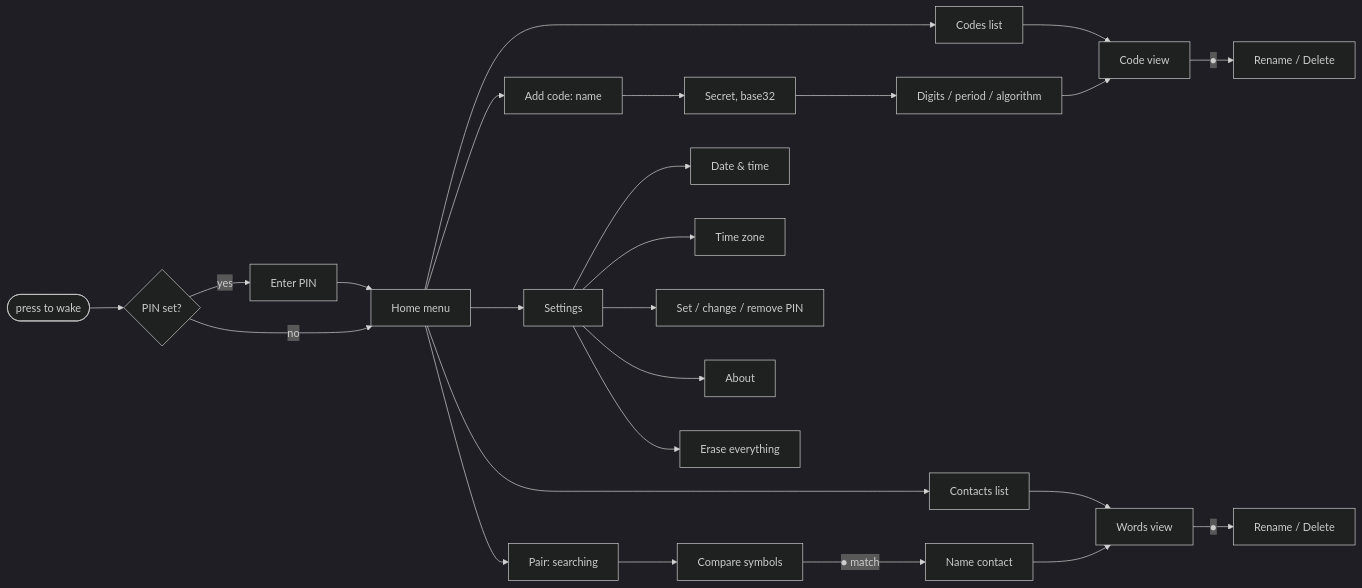
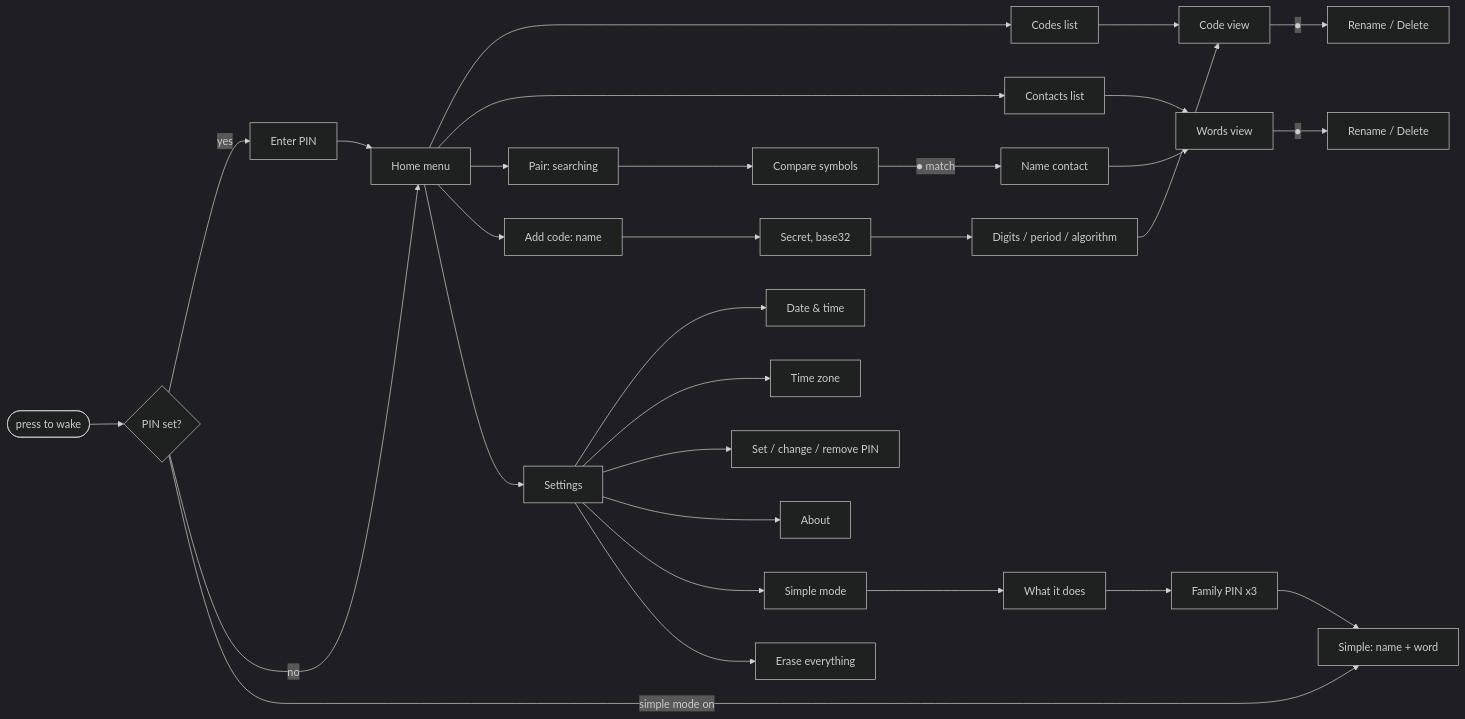
One commit to gemivnet/IRL2FA changed the first of 2 diagrams in docs/ui-flows.md. Above: the diagram before and after it, drawn with Mermaid (dark theme). The commit also changed other lines of this file and 40 other files, not shown here.

````diff
--- a/docs/ui-flows.md
+++ b/docs/ui-flows.md
@@ -44,18 +46,20 @@
 ```mermaid
 flowchart LR
     wake([press to wake]) --> pin{PIN set?}
     pin -- yes --> PIN[Enter PIN] --> home
     pin -- no --> home
     home[Home menu] --> codes[Codes list] --> code[Code view]
     code -- "●" --> codeopts[Rename / Delete]
     home --> contacts[Contacts list] --> contact[Words view]
     contact -- "●" --> contactopts[Rename / Delete]
     home --> pair[Pair: searching] --> sas[Compare symbols] -- "● match" --> name[Name contact] --> contact
     home --> add[Add code: name] --> secret[Secret, base32] --> opts[Digits / period / algorithm] --> code
     home --> settings[Settings]
     settings --> time[Date & time]
     settings --> tz[Time zone]
     settings --> setpin[Set / change / remove PIN]
     settings --> about[About]
+    settings --> simple[Simple mode] --> intro[What it does] --> fpin[Family PIN x3] --> simplescr
     settings --> wipe[Erase everything]
+    pin -- "simple mode on" --> simplescr[Simple: name + word]
 ```
````
